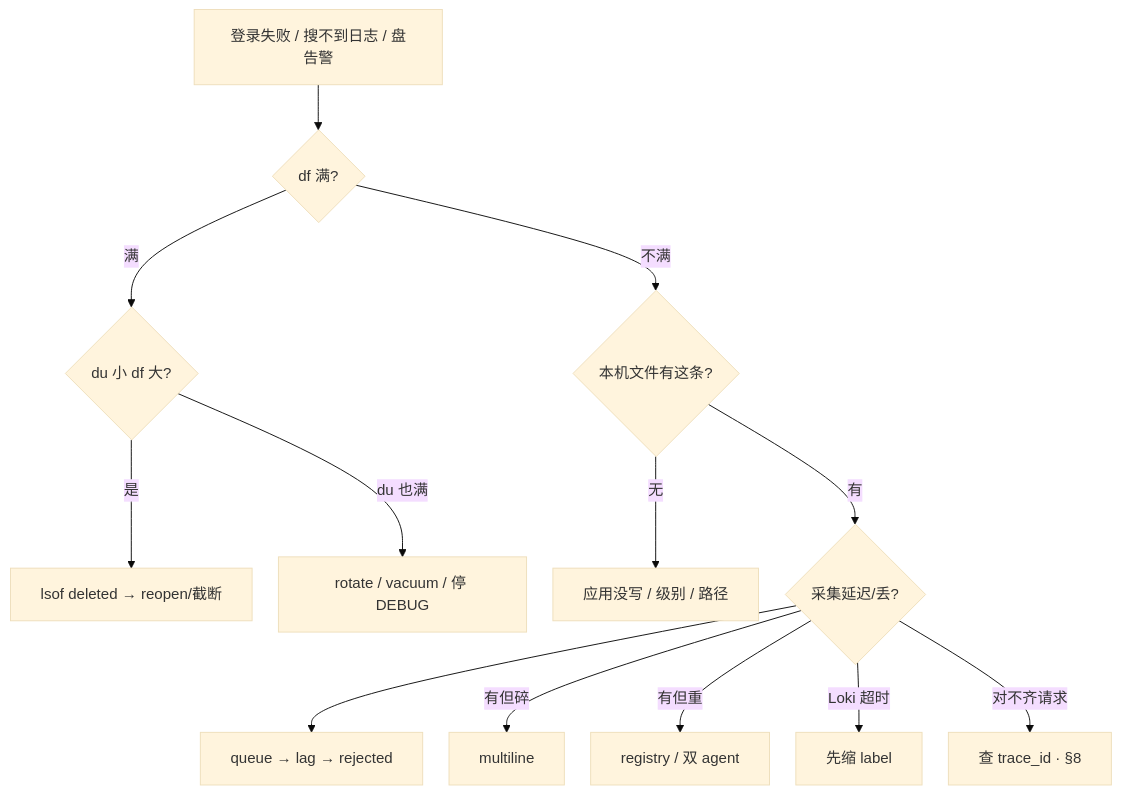
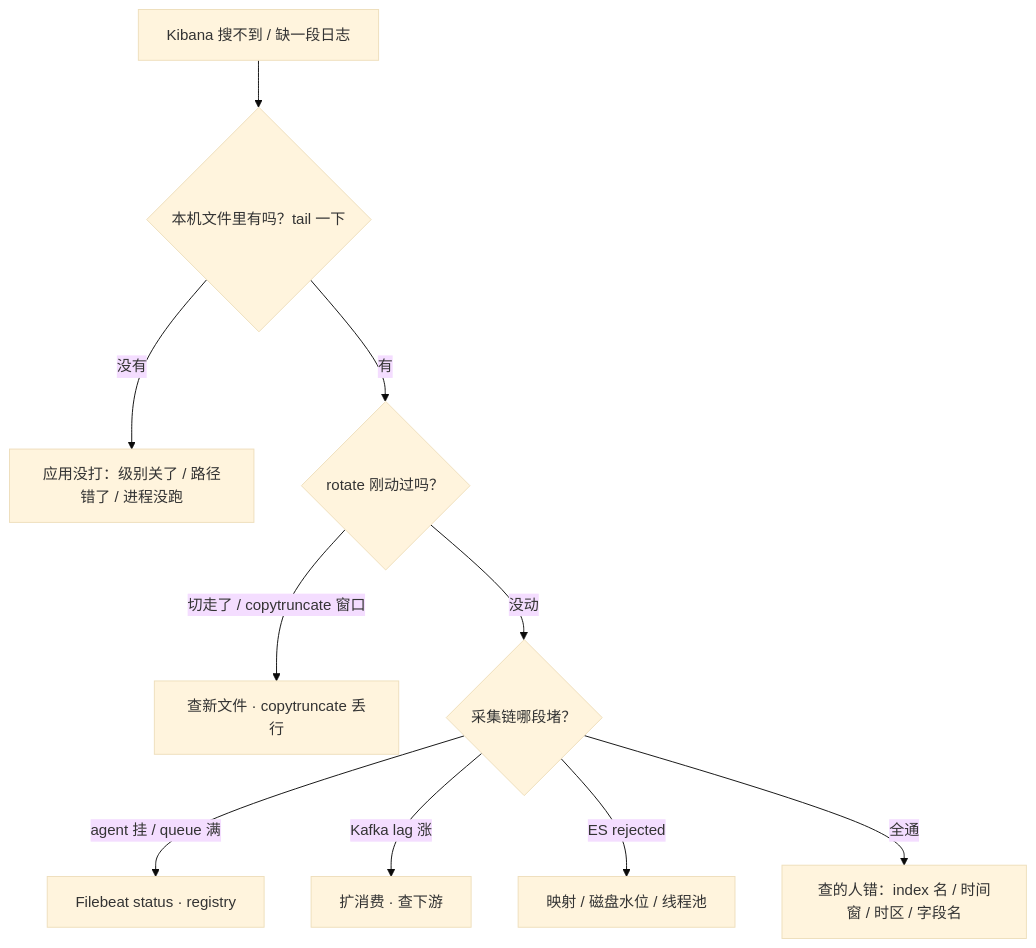
One commit to ml-cuizijun/LearnToLilith changed the fourth of 4 diagrams in 01-基础底座/23-日志运维/知识点.md. Above: the diagram before and after it, drawn with Mermaid (base theme). The commit also changed other lines of this file and 470 other files, not shown here.

````diff
--- a/01-基础底座/23-日志运维/知识点.md
+++ b/01-基础底座/23-日志运维/知识点.md
@@ -906,16 +432,12 @@
 ```mermaid
-%%{init: {"flowchart": {"padding": 16, "nodeSpacing": 28, "rankSpacing": 48}}}%%
 flowchart TB
-    A["登录失败 / 搜不到日志 / 盘告警"] --> B{"df 满?"}
-    B -->|满| C{"du 小 df 大?"}
-    C -->|是| D["lsof deleted → reopen/截断"]
-    C -->|du 也满| E["rotate / vacuum / 停 DEBUG"]
-    B -->|不满| F{"本机文件有这条?"}
-    F -->|无| G["应用没写 / 级别 / 路径"]
-    F -->|有| H{"采集延迟/丢?"}
-    H --> I["queue → lag → rejected"]
-    H -->|有但碎| J["multiline"]
-    H -->|有但重| K["registry / 双 agent"]
-    H -->|Loki 超时| L["先缩 label"]
-    H -->|对不齐请求| M["查 trace_id · §8"]
+    A["Kibana 搜不到 / 缺一段日志"] --> B{"本机文件里有吗？tail 一下"}
+    B -->|"没有"| C["应用没打：级别关了 / 路径错了 / 进程没跑"]
+    B -->|"有"| D{"rotate 刚动过吗？"}
+    D -->|"切走了 / copytruncate 窗口"| E["查新文件 · copytruncate 丢行"]
+    D -->|"没动"| F{"采集链哪段堵？"}
+    F -->|"agent 挂 / queue 满"| G["Filebeat status · registry"]
+    F -->|"Kafka lag 涨"| H["扩消费 · 查下游"]
+    F -->|"ES rejected"| I["映射 / 磁盘水位 / 线程池"]
+    F -->|"全通"| J["查的人错：index 名 / 时间窗 / 时区 / 字段名"]
 ```
````
